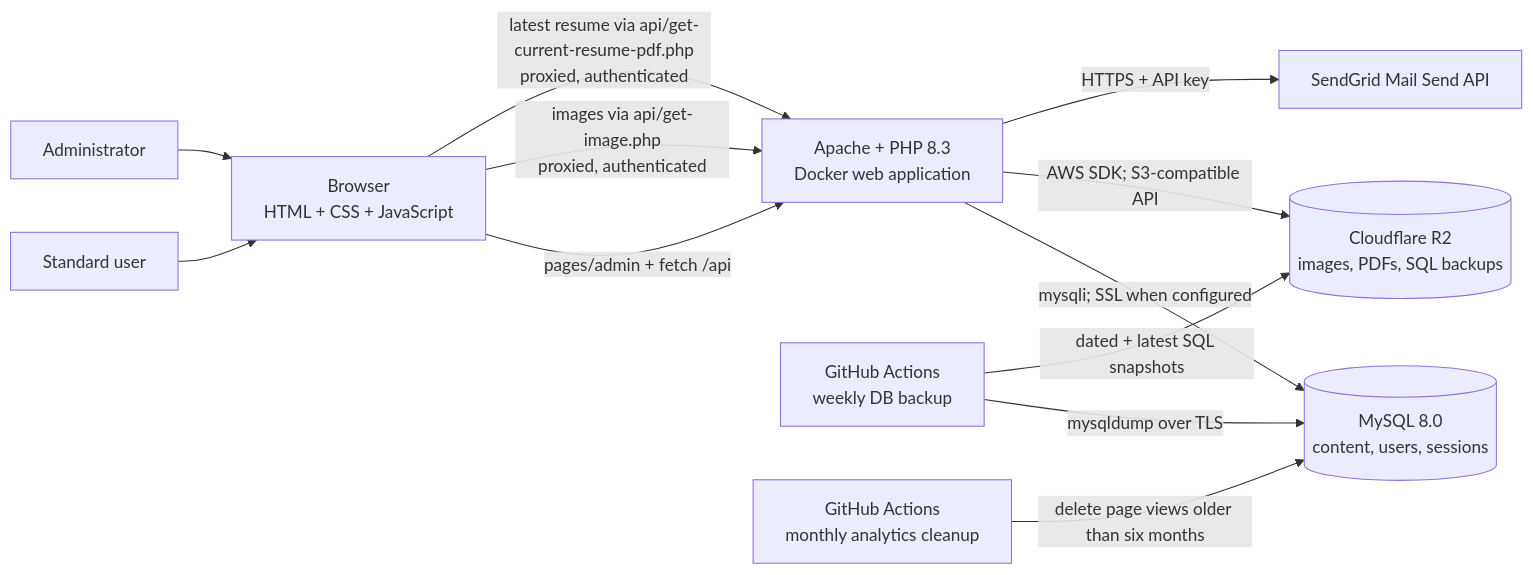
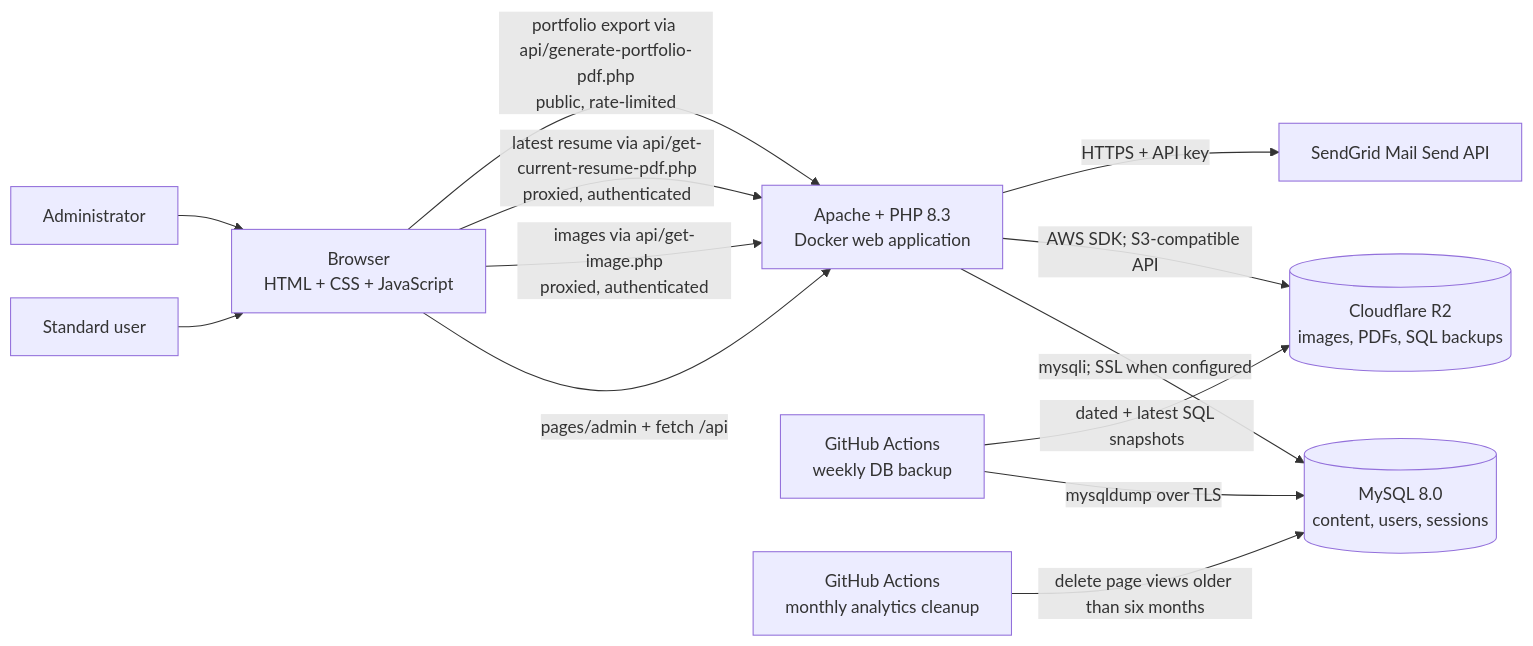
The first of 7 diagrams in docs/SYSTEM_ARCHITECTURE.md (IntianDayor/login-dashboard-project), drawn with Mermaid before and after one commit. The commit also changed other lines of this file and 5 other files, not shown here.

````diff
--- a/docs/SYSTEM_ARCHITECTURE.md
+++ b/docs/SYSTEM_ARCHITECTURE.md
@@ -9,24 +9,25 @@
 ```mermaid
 flowchart LR
     Visitor["Standard user"]
     Admin["Administrator"]
     Browser["Browser\nHTML + CSS + JavaScript"]
     Web["Apache + PHP 8.3\nDocker web application"]
     DB[("MySQL 8.0\ncontent, users, sessions")]
     R2[("Cloudflare R2\nimages, PDFs, SQL backups")]
     SendGrid["SendGrid Mail Send API"]
     GHA["GitHub Actions\nweekly DB backup"]
     Cleanup["GitHub Actions\nmonthly analytics cleanup"]
 
     Visitor --> Browser
     Admin --> Browser
     Browser -->|"pages/admin + fetch /api"| Web
     Web -->|"mysqli; SSL when configured"| DB
     Web -->|"AWS SDK; S3-compatible API"| R2
     Web -->|"HTTPS + API key"| SendGrid
     Browser -->|"images via api/get-image.php\nproxied, authenticated"| Web
     Browser -->|"latest resume via api/get-current-resume-pdf.php\nproxied, authenticated"| Web
+    Browser -->|"portfolio export via api/generate-portfolio-pdf.php\npublic, rate-limited"| Web
     GHA -->|"mysqldump over TLS"| DB
     GHA -->|"dated + latest SQL snapshots"| R2
     Cleanup -->|"delete page views older than six months"| DB
 ```
````
